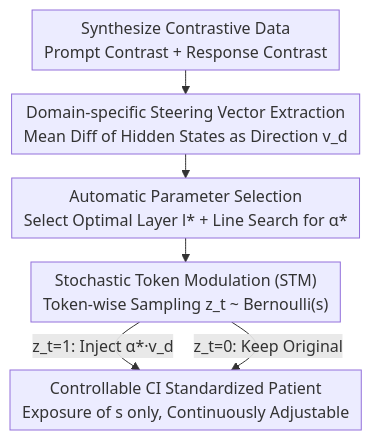
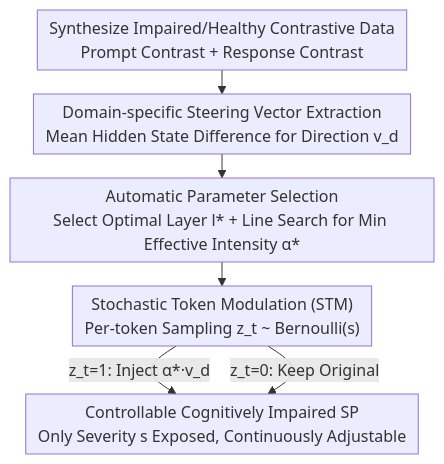
The diagram in docs/ACL2026/medical_nlp/beyond_prompt_fine-grained_simulation_of_cognitively_impaired_standardized_patie.md (zhaoyang97/Paper-Notes-en), drawn with Mermaid before and after one commit. The commit also changed other lines of this file and 5084 other files, not shown here.

````diff
--- a/docs/ACL2026/medical_nlp/beyond_prompt_fine-grained_simulation_of_cognitively_impaired_standardized_patie.md
+++ b/docs/ACL2026/medical_nlp/beyond_prompt_fine-grained_simulation_of_cognitively_impaired_standardized_patie.md
@@ -42,9 +42,9 @@
 ```mermaid
 %%{init: {'flowchart': {'rankSpacing': 24, 'nodeSpacing': 28, 'padding': 6, 'wrappingWidth': 400}}}%%
 flowchart TD
-    A["Synthesize Contrastive Data<br/>Prompt Contrast + Response Contrast"] --> B["Domain-specific Steering Vector Extraction<br/>Mean Diff of Hidden States as Direction v_d"]
-    B --> C["Automatic Parameter Selection<br/>Select Optimal Layer l* + Line Search for α*"]
-    C --> D["Stochastic Token Modulation (STM)<br/>Token-wise Sampling z_t ~ Bernoulli(s)"]
-    D -->|"z_t=1: Inject α*·v_d"| E["Controllable CI Standardized Patient<br/>Exposure of s only, Continuously Adjustable"]
+    A["Synthesize Impaired/Healthy Contrastive Data<br/>Prompt Contrast + Response Contrast"] --> B["Domain-specific Steering Vector Extraction<br/>Mean Hidden State Difference for Direction v_d"]
+    B --> C["Automatic Parameter Selection<br/>Select Optimal Layer l* + Line Search for Min Effective Intensity α*"]
+    C --> D["Stochastic Token Modulation (STM)<br/>Per-token Sampling z_t ~ Bernoulli(s)"]
+    D -->|"z_t=1: Inject α*·v_d"| E["Controllable Cognitively Impaired SP<br/>Only Severity s Exposed, Continuously Adjustable"]
     D -->|"z_t=0: Keep Original"| E
 ```
````
